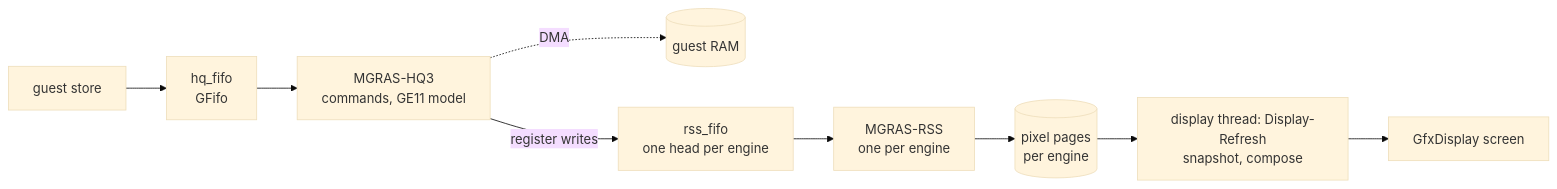
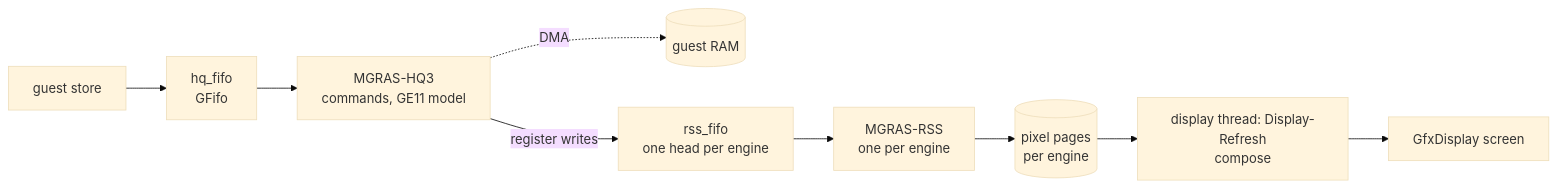
Before and after one commit to techomancer/iris: the second of 4 diagrams in docs/graphics/mgras.md, drawn with Mermaid (base theme). The commit also changed other lines of this file and 4 other files, not shown here.

````diff
--- a/docs/graphics/mgras.md
+++ b/docs/graphics/mgras.md
@@ -37,11 +37,11 @@
 ```mermaid
 flowchart LR
   CPU["guest store"] --> HQF["hq_fifo<br/>GFifo"]
   HQF --> HQ3["MGRAS-HQ3<br/>commands, GE11 model"]
   HQ3 -. "DMA" .-> RAM[("guest RAM")]
   HQ3 -- "register writes" --> RSSF["rss_fifo<br/>one head per engine"]
   RSSF --> RSS["MGRAS-RSS<br/>one per engine"]
   RSS --> MEM[("pixel pages<br/>per engine")]
-  MEM --> REF["display thread: Display-Refresh<br/>snapshot, compose"]
+  MEM --> REF["display thread: Display-Refresh<br/>compose"]
   REF --> SCR["GfxDisplay screen"]
 ```
````
